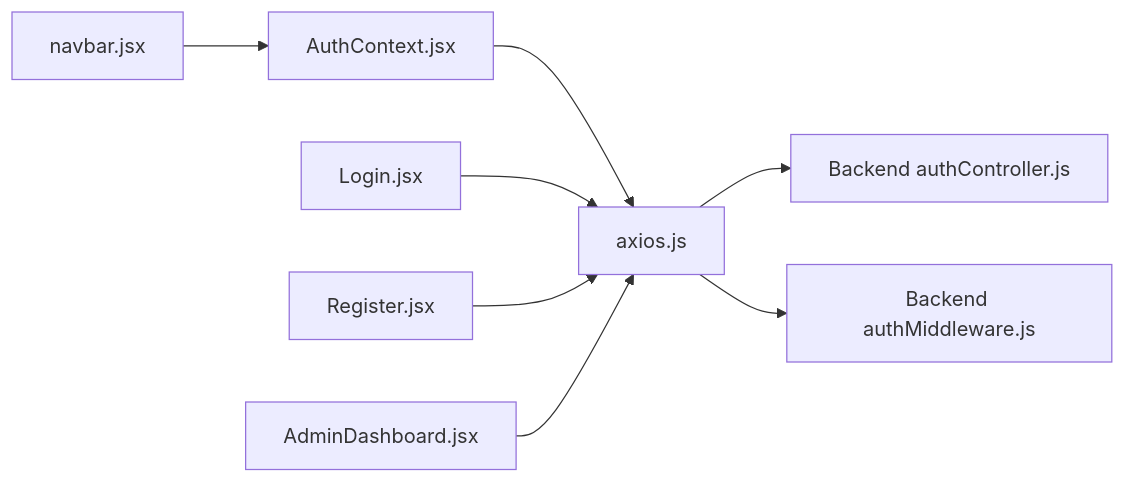
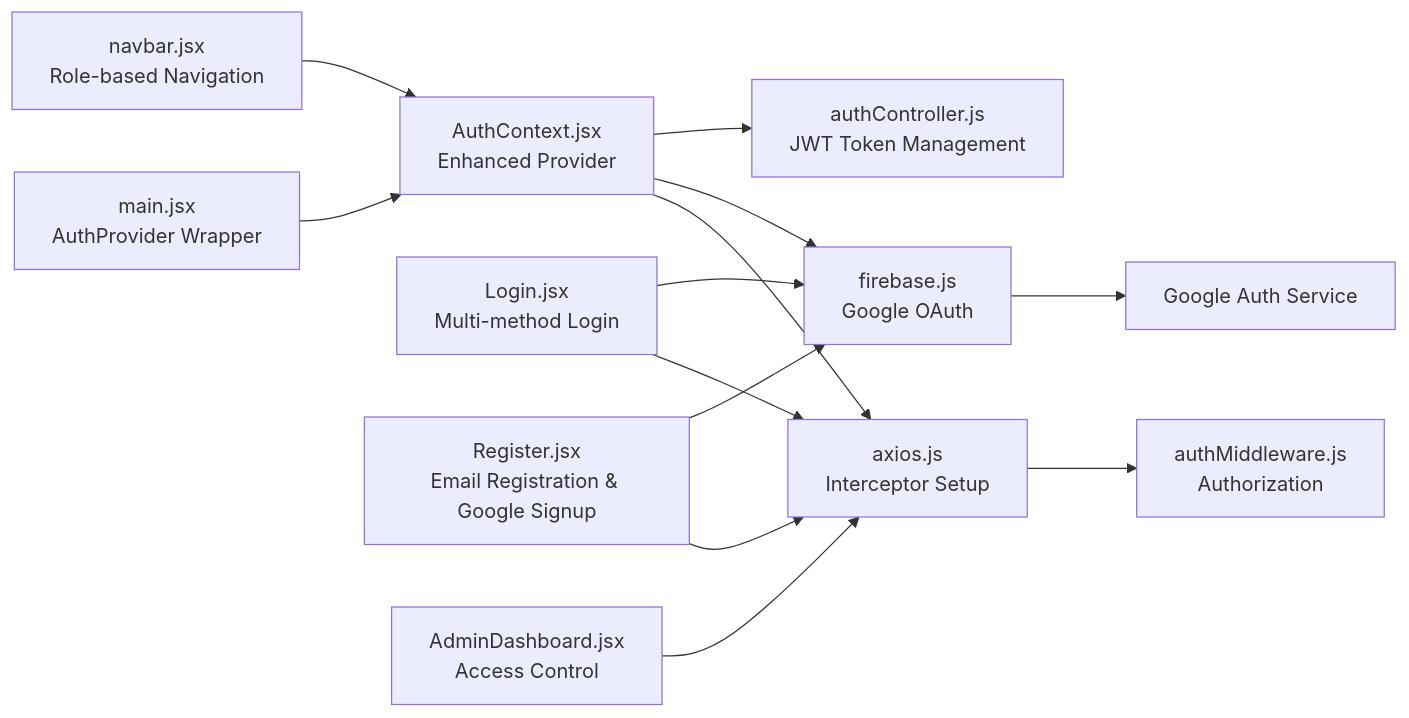
Before and after one commit to Pavan-PSPK9032/TrendsandToss: diagram 11 of 11 in .qoder/repowiki/en/content/Authentication & Authorization/Frontend Authentication State Management.md, drawn with Mermaid. The commit also changed other lines of this file and 5 other files, not shown here.

````diff
--- a/.qoder/repowiki/en/content/Authentication & Authorization/Frontend Authentication State Management.md
+++ b/.qoder/repowiki/en/content/Authentication & Authorization/Frontend Authentication State Management.md
@@ -332,10 +452,15 @@
 ```mermaid
 graph LR
-AC["AuthContext.jsx"] --> AX["axios.js"]
-LG["Login.jsx"] --> AX
-RG["Register.jsx"] --> AX
-NB["navbar.jsx"] --> AC
-AD["AdminDashboard.jsx"] --> AX
-AX --> BE["Backend authController.js"]
-AX --> BM["Backend authMiddleware.js"]
+MAIN["main.jsx<br/>AuthProvider Wrapper"] --> AC["AuthContext.jsx<br/>Enhanced Provider"]
+AC --> AX["axios.js<br/>Interceptor Setup"]
+AC --> FB["firebase.js<br/>Google OAuth"]
+FB --> GA["Google Auth Service"]
+AC --> BE["authController.js<br/>JWT Token Management"]
+LG["Login.jsx<br/>Multi-method Login"] --> AX
+LG --> FB
+RG["Register.jsx<br/>Email Registration & Google Signup"] --> AX
+RG --> FB
+NB["navbar.jsx<br/>Role-based Navigation"] --> AC
+AD["AdminDashboard.jsx<br/>Access Control"] --> AX
+AX --> BM["authMiddleware.js<br/>Authorization"]
 ```
````
